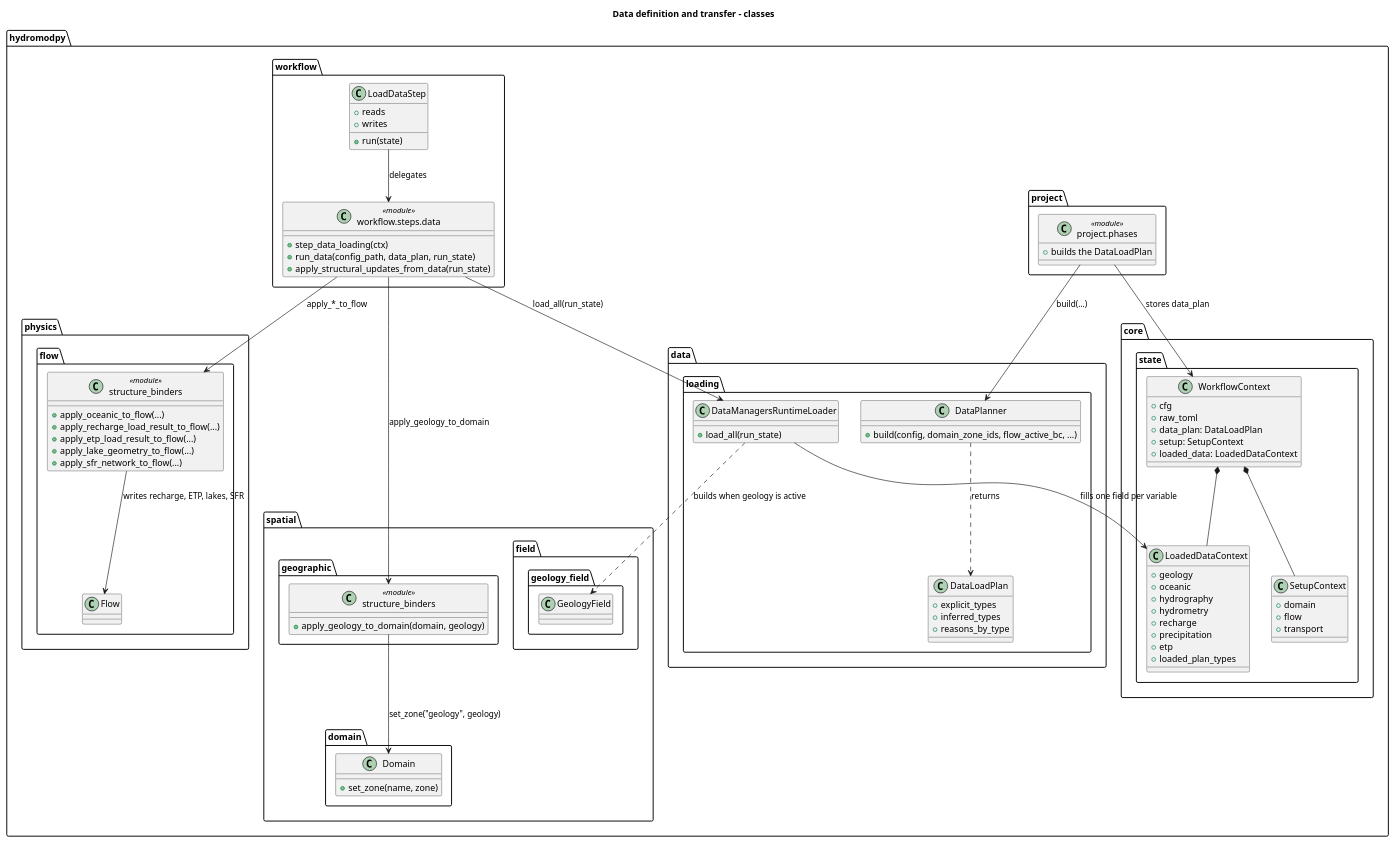
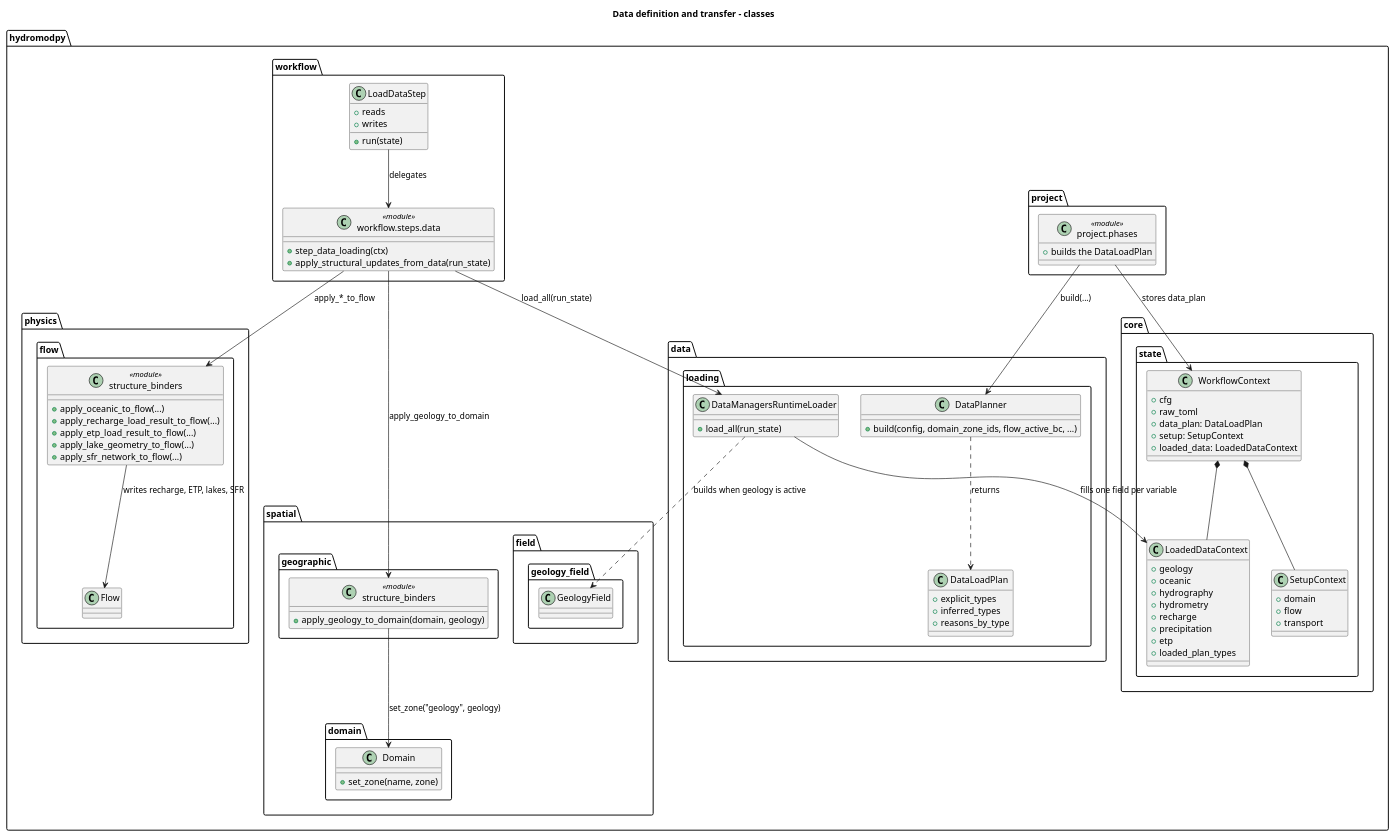
The diagram in docs/source/contribute/architecture/data_loading/diagrams/data_definition_transfer_class.wsd (HydroModPy/HydroModPy), drawn with PlantUML before and after one commit. The commit also changed 338 other files, not shown here.

```diff
--- a/docs/source/contribute/architecture/data_loading/diagrams/data_definition_transfer_class.wsd
+++ b/docs/source/contribute/architecture/data_loading/diagrams/data_definition_transfer_class.wsd
@@ -1,108 +1,107 @@
 @startuml
 title Data definition and transfer - classes
 
 package "hydromodpy.project" {
   class "project.phases" as ProjectPhases <<module>> {
     +builds the DataLoadPlan
   }
 }
 
 package "hydromodpy.workflow" {
   class LoadDataStep {
     +reads
     +writes
     +run(state)
   }
   class "workflow.steps.data" as DataStepModule <<module>> {
     +step_data_loading(ctx)
-    +run_data(config_path, data_plan, run_state)
     +apply_structural_updates_from_data(run_state)
   }
 }
 
 package "hydromodpy.core.state" {
   class WorkflowContext {
     +cfg
     +raw_toml
     +data_plan: DataLoadPlan
     +setup: SetupContext
     +loaded_data: LoadedDataContext
   }
 
   class SetupContext {
     +domain
     +flow
     +transport
   }
 
   class LoadedDataContext {
     +geology
     +oceanic
     +hydrography
     +hydrometry
     +recharge
     +precipitation
     +etp
     +loaded_plan_types
   }
 }
 
 package "hydromodpy.data.loading" {
   class DataPlanner {
     +build(config, domain_zone_ids, flow_active_bc, ...)
   }
 
   class DataLoadPlan {
     +explicit_types
     +inferred_types
     +reasons_by_type
   }
 
   class DataManagersRuntimeLoader {
     +load_all(run_state)
   }
 }
 
 package "hydromodpy.spatial.field.geology_field" {
   class GeologyField
 }
 
 package "hydromodpy.spatial.domain" {
   class Domain {
     +set_zone(name, zone)
   }
 }
 
 package "hydromodpy.physics.flow" {
   class Flow
   class "structure_binders" as FlowBinders <<module>> {
     +apply_oceanic_to_flow(...)
     +apply_recharge_load_result_to_flow(...)
     +apply_etp_load_result_to_flow(...)
     +apply_lake_geometry_to_flow(...)
     +apply_sfr_network_to_flow(...)
   }
 }
 
 package "hydromodpy.spatial.geographic" {
   class "structure_binders" as DomainBinders <<module>> {
     +apply_geology_to_domain(domain, geology)
   }
 }
 
 ProjectPhases --> DataPlanner : build(...)
 DataPlanner ..> DataLoadPlan : returns
 ProjectPhases --> WorkflowContext : stores data_plan
 LoadDataStep --> DataStepModule : delegates
 DataStepModule --> DataManagersRuntimeLoader : load_all(run_state)
 DataManagersRuntimeLoader --> LoadedDataContext : fills one field per variable
 DataManagersRuntimeLoader ..> GeologyField : builds when geology is active
 
 WorkflowContext *-- SetupContext
 WorkflowContext *-- LoadedDataContext
 
 DataStepModule --> DomainBinders : apply_geology_to_domain
 DomainBinders --> Domain : set_zone("geology", geology)
 DataStepModule --> FlowBinders : apply_*_to_flow
 FlowBinders --> Flow : writes recharge, ETP, lakes, SFR
 @enduml
```
